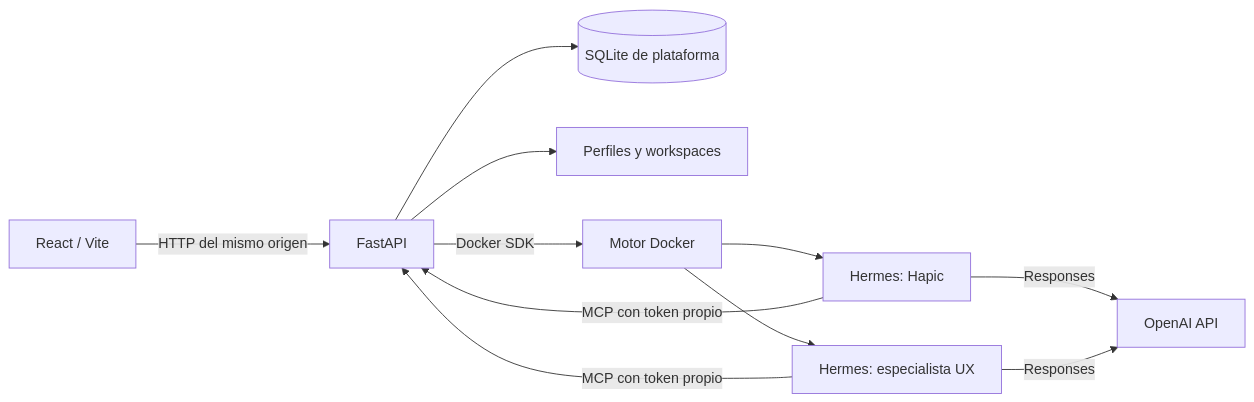
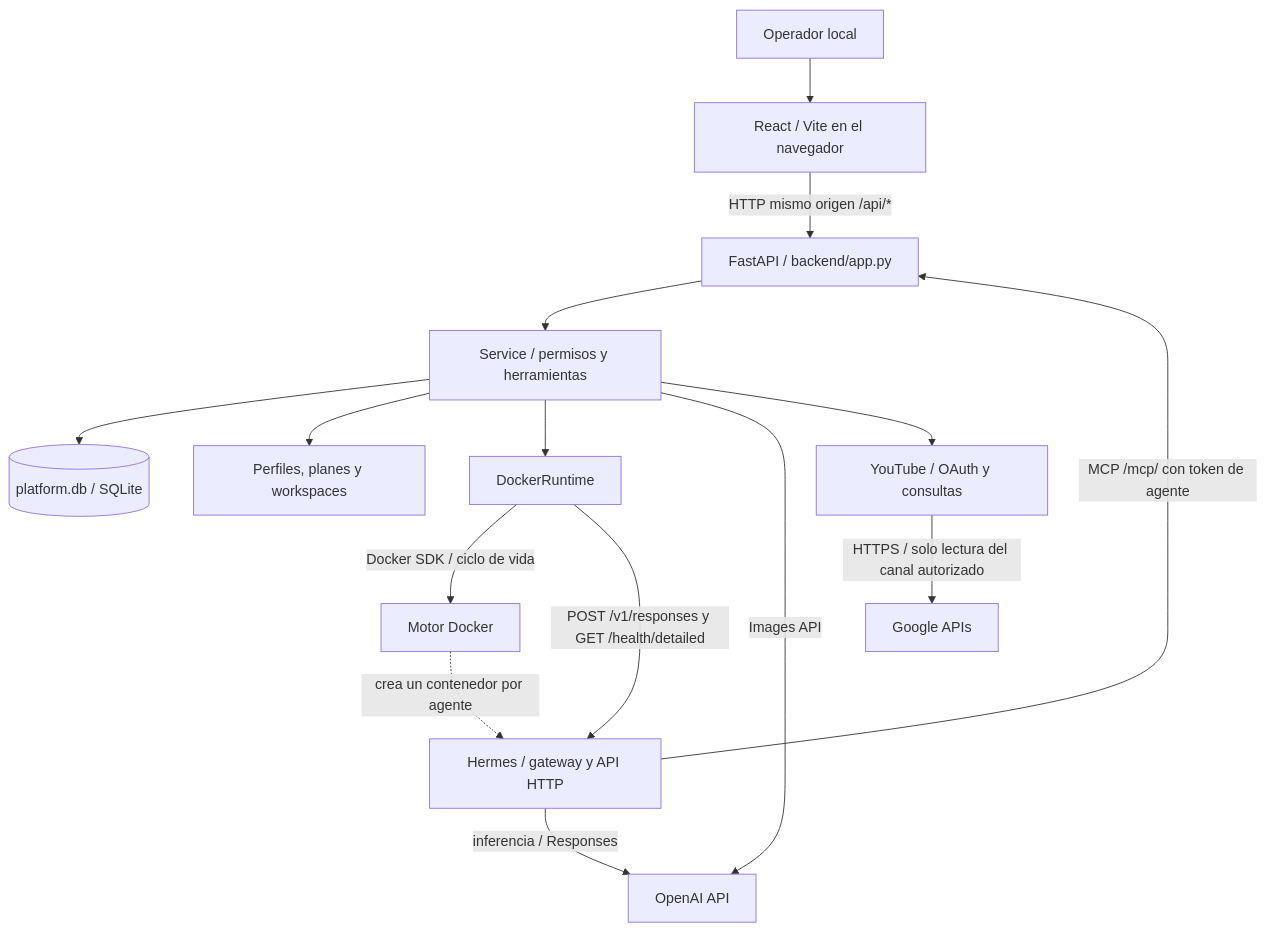
One commit to esteban-rj/hapic changed the first of 5 diagrams in docs/architecture.md. Above: the diagram before and after it, drawn with Mermaid. The commit also changed other lines of this file and 16 other files, not shown here.

````diff
--- a/docs/architecture.md
+++ b/docs/architecture.md
@@ -5,13 +13,17 @@
 ```mermaid
-flowchart LR
-    UI[React / Vite] -->|HTTP del mismo origen| API[FastAPI]
-    API --> DB[(SQLite de plataforma)]
-    API --> FS[Perfiles y workspaces]
-    API -->|Docker SDK| Docker[Motor Docker]
-    Docker --> Hapic[Hermes: Hapic]
-    Docker --> UX[Hermes: especialista UX]
-    Hapic -->|Responses| OpenAI[OpenAI API]
-    UX -->|Responses| OpenAI
-    Hapic -->|MCP con token propio| API
-    UX -->|MCP con token propio| API
+flowchart TB
+    User[Operador local] --> UI[React / Vite en el navegador]
+    UI -->|HTTP mismo origen /api/*| API[FastAPI / backend/app.py]
+    API --> SVC[Service / permisos y herramientas]
+    SVC --> DB[(platform.db / SQLite)]
+    SVC --> FS[Perfiles, planes y workspaces]
+    SVC --> RT[DockerRuntime]
+    RT -->|Docker SDK / ciclo de vida| Engine[Motor Docker]
+    Engine -.->|crea un contenedor por agente| Hermes[Hermes / gateway y API HTTP]
+    RT -->|POST /v1/responses y GET /health/detailed| Hermes
+    Hermes -->|MCP /mcp/ con token de agente| API
+    Hermes -->|inferencia / Responses| OpenAI[OpenAI API]
+    SVC -->|Images API| OpenAI
+    SVC --> YT[YouTube / OAuth y consultas]
+    YT -->|HTTPS / solo lectura del canal autorizado| Google[Google APIs]
 ```
````
